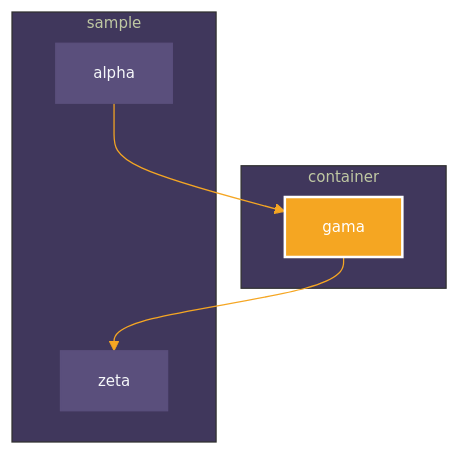
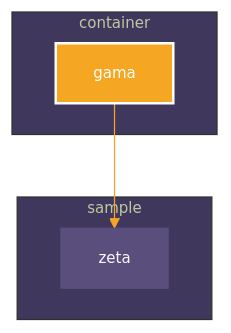
One commit to iurysza/module-graph changed the diagram in sample/README.md. Above: the diagram before and after it, drawn with Mermaid. The commit also changed 1 other file, not shown here.

Commit message:
Update sample

````diff
--- a/sample/README.md
+++ b/sample/README.md
@@ -3,22 +3,20 @@
 ```mermaid
 %%{
   init: {
     'theme': 'base',
     'themeVariables': {"primaryTextColor":"#F6F8FAff","primaryColor":"#5a4f7c","primaryBorderColor":"#5a4f7c","tertiaryColor":"#40375c","lineColor":"#f5a623","fontSize":"12px"}
   }
 }%%
 
 graph TB
   subgraph container
     gama
   end
   subgraph sample
-    alpha
     zeta
   end
-  alpha --> gama
   gama --> zeta
 
 classDef focus fill:#F5A622,stroke:#fff,stroke-width:2px,color:#fff;
 class gama focus
 ```
````
